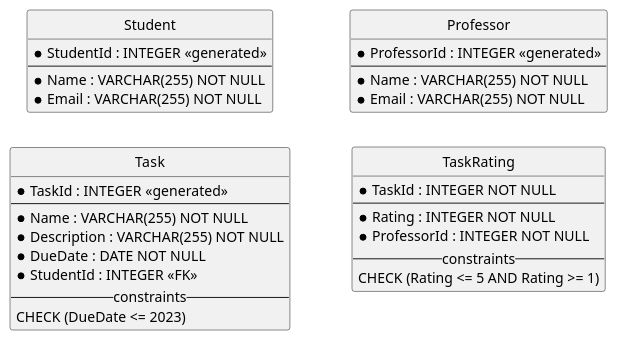
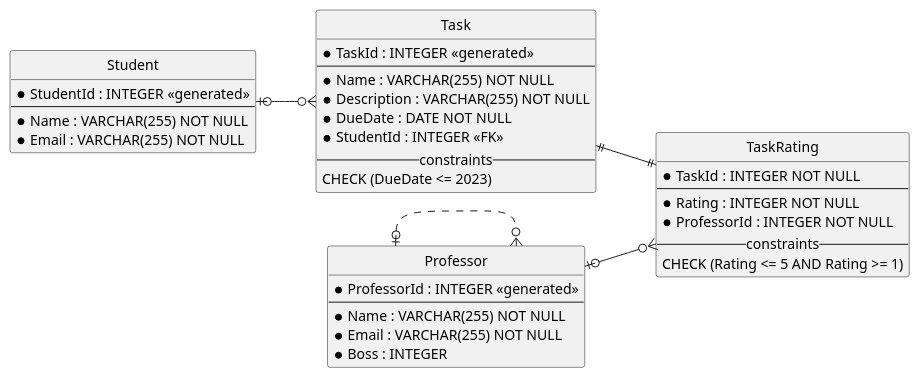
The diagram in er_physical.puml (aatik05/DBI-Projekt-1-Semester), drawn with PlantUML before and after one commit. The commit also changed 1 other file, not shown here.

```diff
--- a/er_physical.puml
+++ b/er_physical.puml
@@ -1,44 +1,52 @@
 @startuml
 
 hide circle
 left to right direction
 
 entity Student
 {
   * StudentId : INTEGER <<generated>>
   ---
   * Name : VARCHAR(255) NOT NULL
   * Email : VARCHAR(255) NOT NULL
 }
 
 entity Task
 {
   * TaskId : INTEGER <<generated>>
   ---
   * Name : VARCHAR(255) NOT NULL
   * Description : VARCHAR(255) NOT NULL
   * DueDate : DATE NOT NULL
   * StudentId : INTEGER <<FK>>
   -- constraints --
   CHECK (DueDate <= 2023)
 }
 
 
 entity Professor 
 {
   * ProfessorId : INTEGER <<generated>>
   ---
   * Name : VARCHAR(255) NOT NULL
   * Email : VARCHAR(255) NOT NULL
+  *Boss : INTEGER
 }
+
+Professor |o..o{ Professor
 
 entity TaskRating 
 {
   * TaskId : INTEGER NOT NULL
   ---
   * Rating : INTEGER NOT NULL
   * ProfessorId : INTEGER NOT NULL
   -- constraints --
   CHECK (Rating <= 5 AND Rating >= 1)
 }
+
+Student |o--o{ Task
+Task ||--|| TaskRating
+Professor |o--o{ TaskRating
+
 @enduml
```
